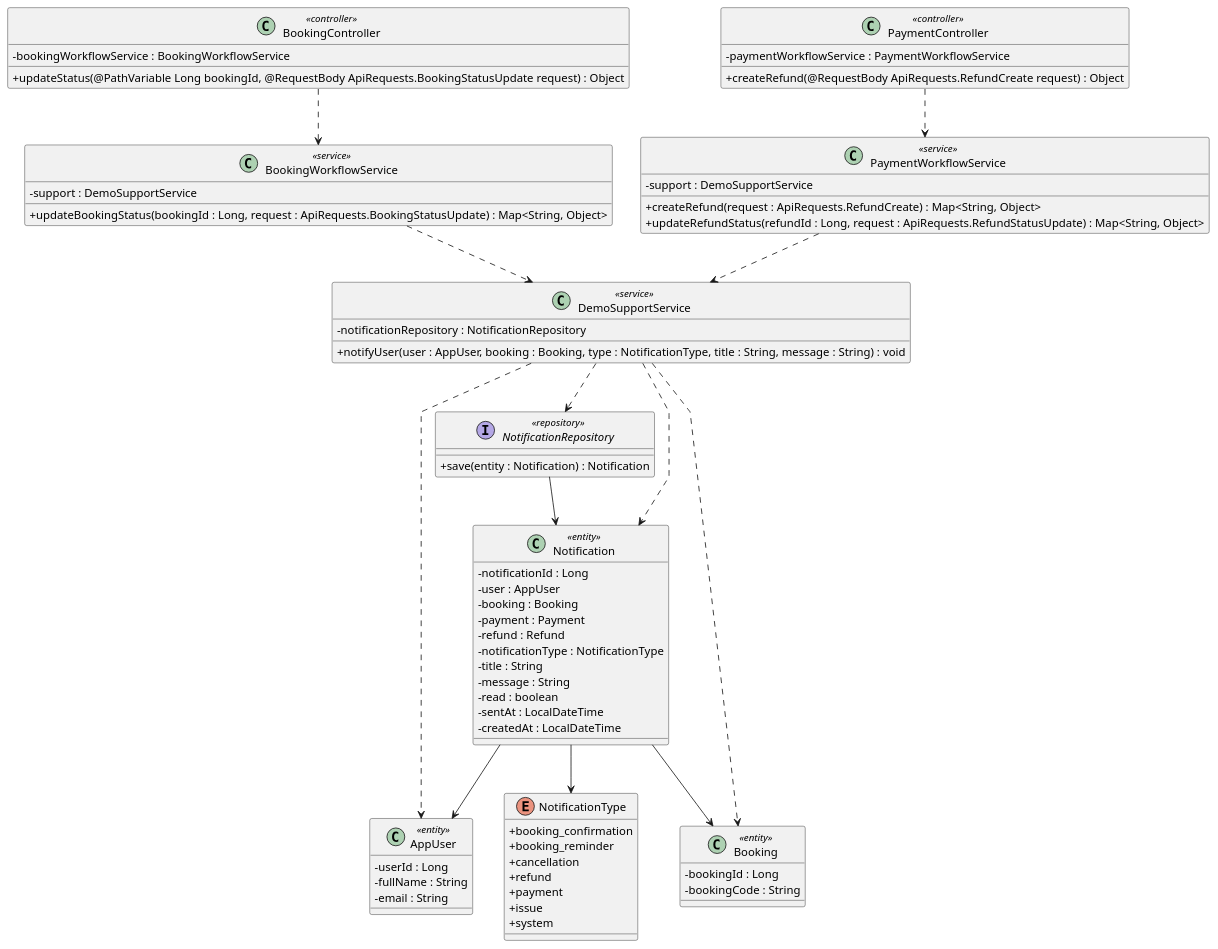
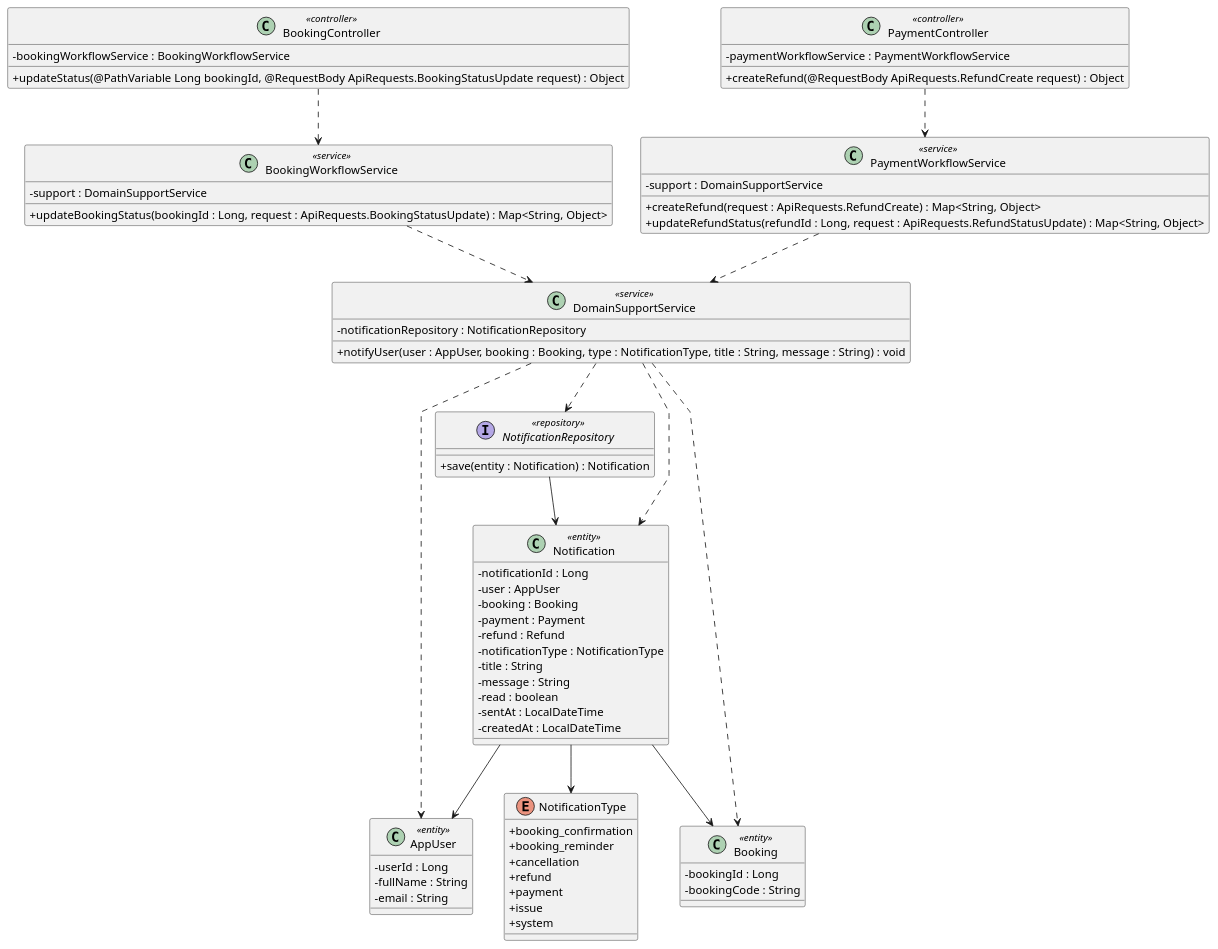
Before and after one commit to maxwell1904/SWP391_G3: the diagram in docs/Class Diagram/send-cancellation-refund-notification.puml, drawn with PlantUML. The commit also changed 120 other files, not shown here.

```diff
--- a/docs/Class Diagram/send-cancellation-refund-notification.puml
+++ b/docs/Class Diagram/send-cancellation-refund-notification.puml
@@ -1,90 +1,90 @@
 @startuml
 
 skinparam classAttributeIconSize 0
 skinparam linetype polyline
 
 class BookingController <<controller>> {
     -bookingWorkflowService : BookingWorkflowService
 
     +updateStatus(@PathVariable Long bookingId, @RequestBody ApiRequests.BookingStatusUpdate request) : Object
 }
 
 class PaymentController <<controller>> {
     -paymentWorkflowService : PaymentWorkflowService
 
     +createRefund(@RequestBody ApiRequests.RefundCreate request) : Object
 }
 
 class BookingWorkflowService <<service>> {
-    -support : DemoSupportService
+    -support : DomainSupportService
 
     +updateBookingStatus(bookingId : Long, request : ApiRequests.BookingStatusUpdate) : Map<String, Object>
 }
 
 class PaymentWorkflowService <<service>> {
-    -support : DemoSupportService
+    -support : DomainSupportService
 
     +createRefund(request : ApiRequests.RefundCreate) : Map<String, Object>
     +updateRefundStatus(refundId : Long, request : ApiRequests.RefundStatusUpdate) : Map<String, Object>
 }
 
-class DemoSupportService <<service>> {
+class DomainSupportService <<service>> {
     -notificationRepository : NotificationRepository
 
     +notifyUser(user : AppUser, booking : Booking, type : NotificationType, title : String, message : String) : void
 }
 
 interface NotificationRepository <<repository>> {
     +save(entity : Notification) : Notification
 }
 
 class Notification <<entity>> {
     -notificationId : Long
     -user : AppUser
     -booking : Booking
     -payment : Payment
     -refund : Refund
     -notificationType : NotificationType
     -title : String
     -message : String
     -read : boolean
     -sentAt : LocalDateTime
     -createdAt : LocalDateTime
 }
 
 class AppUser <<entity>> {
     -userId : Long
     -fullName : String
     -email : String
 }
 
 class Booking <<entity>> {
     -bookingId : Long
     -bookingCode : String
 }
 
 enum NotificationType {
     + booking_confirmation
     + booking_reminder
     + cancellation
     + refund
     + payment
     + issue
     + system
 }
 
 ' Relationships
 BookingController ..> BookingWorkflowService
 PaymentController ..> PaymentWorkflowService
-BookingWorkflowService ..> DemoSupportService
-PaymentWorkflowService ..> DemoSupportService
-DemoSupportService ..> NotificationRepository
-DemoSupportService ..> Notification
-DemoSupportService ..> AppUser
-DemoSupportService ..> Booking
+BookingWorkflowService ..> DomainSupportService
+PaymentWorkflowService ..> DomainSupportService
+DomainSupportService ..> NotificationRepository
+DomainSupportService ..> Notification
+DomainSupportService ..> AppUser
+DomainSupportService ..> Booking
 NotificationRepository --> Notification
 Notification --> AppUser
 Notification --> Booking
 Notification --> NotificationType
 
 @enduml
```
